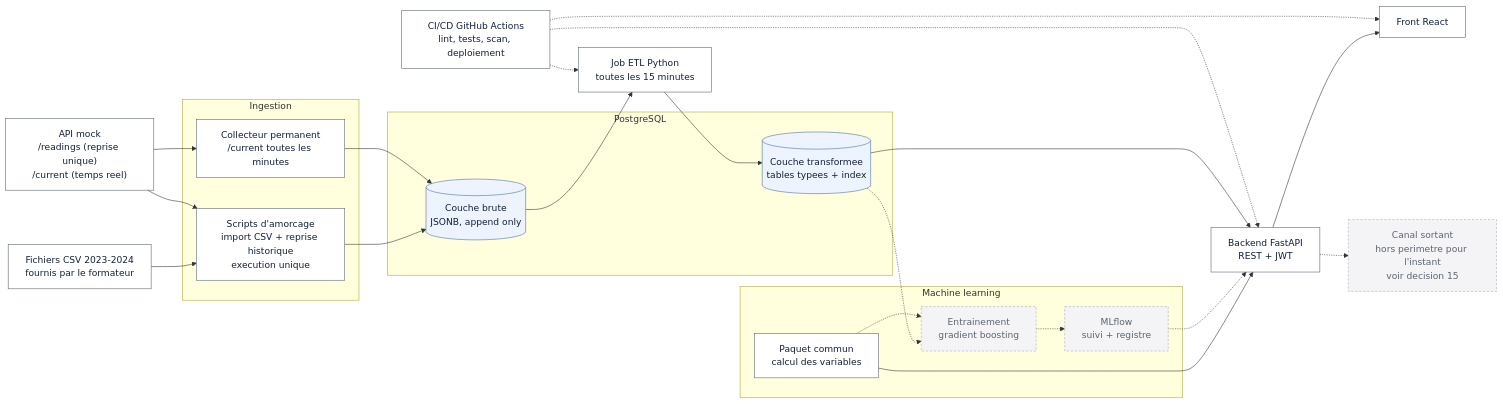
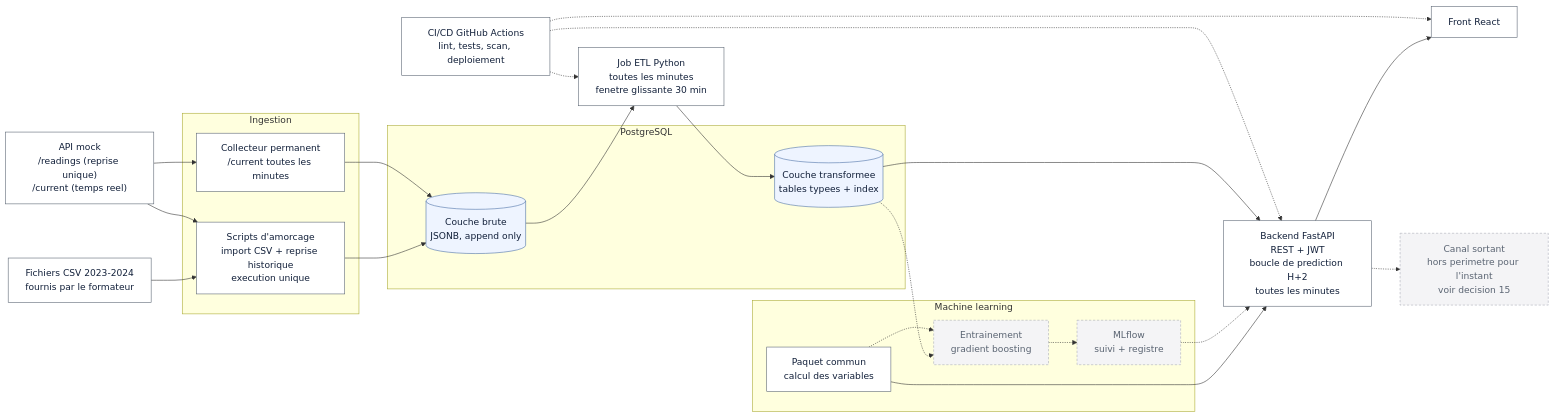
Before and after one commit to AlexisDRAUD/smart-energy-optimizer: the diagram in docs/architecture.mmd, drawn with Mermaid. The commit also changed 6 other files, not shown here.

Commit message:
docs: contrat de donnees et d'API alignes sur les cinq etages

```diff
--- a/docs/architecture.mmd
+++ b/docs/architecture.mmd
@@ -1,56 +1,56 @@
 %% Smart Energy Optimizer - architecture de realisation (equipe) - 01/09/2026
 %% En grise et en pointilles : ce qui est decide mais repousse (modele, MLflow,
 %% canal d'alerte sortant). Voir docs/decisions.md.
 %% A coller sur https://mermaid.live
 flowchart LR
     CSV["Fichiers CSV 2023-2024<br/>fournis par le formateur"]
     SRC["API mock<br/>/readings (reprise unique)<br/>/current (temps reel)"]
 
     subgraph INGEST["Ingestion"]
         BOOT["Scripts d'amorcage<br/>import CSV + reprise historique<br/>execution unique"]
         POLL["Collecteur permanent<br/>/current toutes les minutes"]
     end
 
     subgraph DB["PostgreSQL"]
         RAW[("Couche brute<br/>JSONB, append only")]
         CLEAN[("Couche transformee<br/>tables typees + index")]
     end
 
-    TR["Job ETL Python<br/>toutes les 15 minutes"]
+    TR["Job ETL Python<br/>toutes les minutes<br/>fenetre glissante 30 min"]
 
     subgraph ML["Machine learning"]
         FEAT["Paquet commun<br/>calcul des variables"]
         TRAIN["Entrainement<br/>gradient boosting"]
         MLF["MLflow<br/>suivi + registre"]
     end
 
-    BACK["Backend FastAPI<br/>REST + JWT"]
+    BACK["Backend FastAPI<br/>REST + JWT<br/>boucle de prediction H+2<br/>toutes les minutes"]
     FRONT["Front React"]
     NOTIF["Canal sortant<br/>hors perimetre pour l'instant<br/>voir decision 15"]
     CI["CI/CD GitHub Actions<br/>lint, tests, scan, deploiement"]
 
     CSV --> BOOT
     SRC --> BOOT
     SRC --> POLL
     BOOT --> RAW
     POLL --> RAW
     RAW --> TR
     TR --> CLEAN
     CLEAN -.-> TRAIN
     FEAT -.-> TRAIN
     FEAT --> BACK
     TRAIN -.-> MLF
     MLF -.-> BACK
     CLEAN --> BACK
     BACK --> FRONT
     BACK -.-> NOTIF
     CI -.-> TR
     CI -.-> BACK
     CI -.-> FRONT
 
     classDef store fill:#eef4ff,stroke:#4a6fa5,color:#12203a
     classDef later fill:#f4f4f6,stroke:#a8adb7,color:#5a6472,stroke-dasharray:4 3
     classDef proc fill:#ffffff,stroke:#5a6472,color:#12203a
     class RAW,CLEAN store
     class BOOT,POLL,TR,FEAT,BACK,FRONT,CI,CSV,SRC proc
     class TRAIN,MLF,NOTIF later
```
